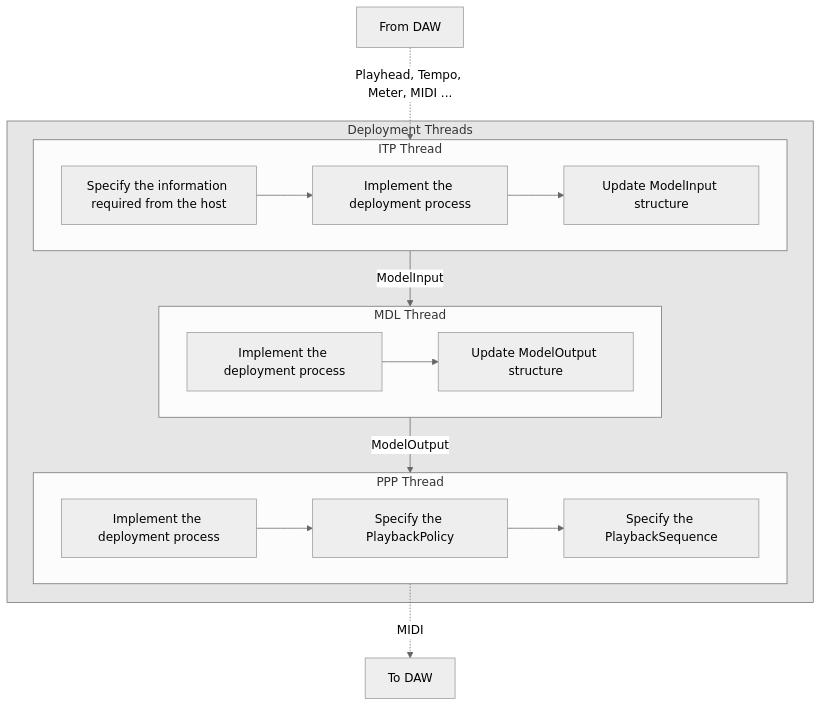
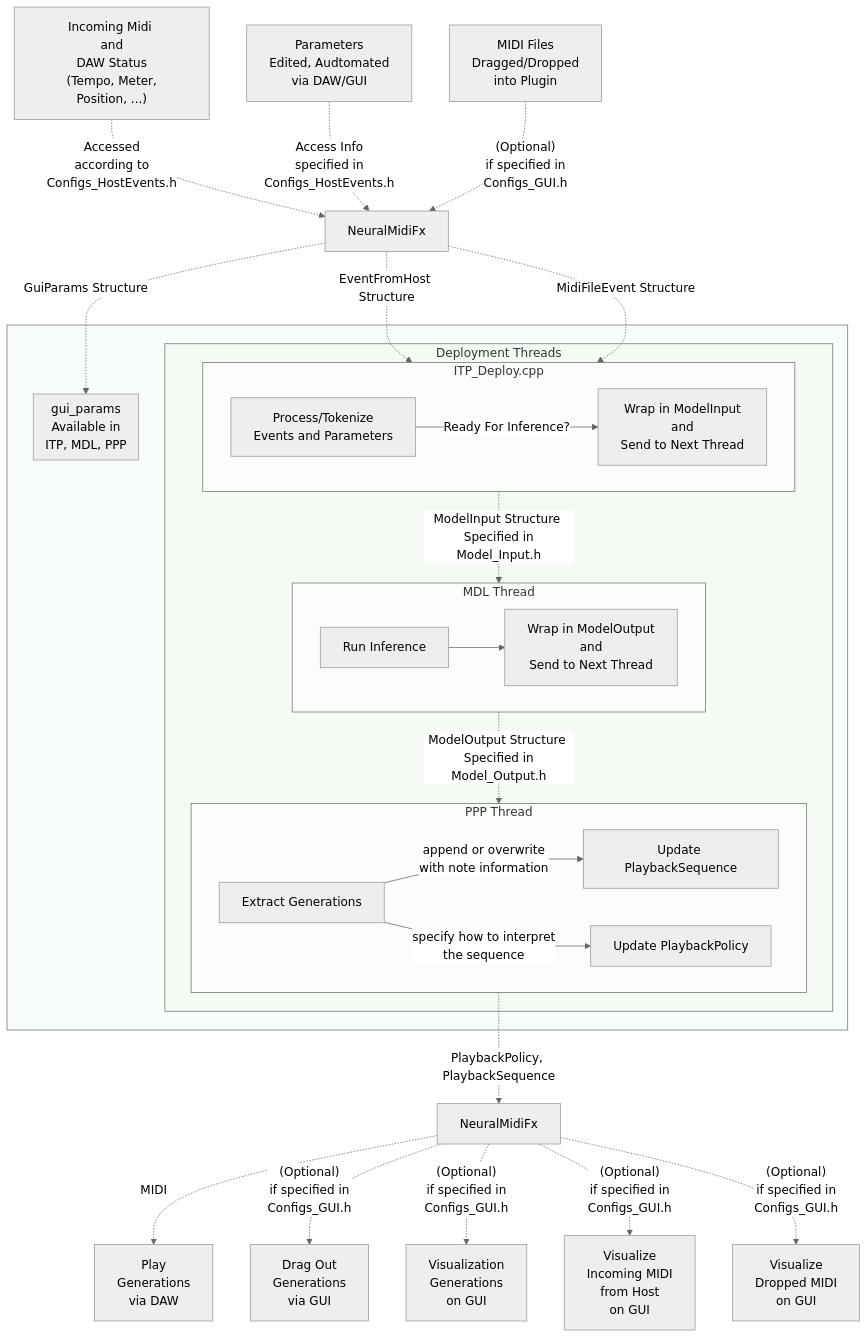
The diagram in docs/A0_DeploymentThreads/DeploymentThreads.md (neuralmidifx/neuralmidifx.github.io), drawn with Mermaid (neutral theme) before and after one commit. The commit also changed 1 other file, not shown here.

Commit message:
Deployment Threads Refactorized sections

````diff
--- a/docs/A0_DeploymentThreads/DeploymentThreads.md
+++ b/docs/A0_DeploymentThreads/DeploymentThreads.md
@@ -21,35 +21,70 @@
 ```mermaid
 graph TD
+    
     %% DAW
-    DAW1["From DAW"]
-    DAW2["To DAW"]
+    DAW_2["Incoming Midi \n and \n DAW Status \n (Tempo, Meter, Position, ...)"]
+    DAW_3["Parameters \n Edited, Audtomated \n via DAW/GUI"]
+    DAW_5["MIDI Files \n Dragged/Dropped \n into Plugin"]
+    GUI_MIDIIN["Visualize \n Incoming MIDI \n from Host \n on GUI"]
+    GUI_MIDIIN2["Visualize \n Dropped MIDI \n on GUI"]
     
+
+    NMFX1["NeuralMidiFx"]
+    DAWOut["Play \n Generations \n via DAW"]
+    GUI_MIDI["Drag Out \n Generations \n via GUI"]
+    GUI_MIDI2["Visualization \n Generations \n on GUI"]
+    NMFX2["NeuralMidiFx"]
+
     %% DeploymentThreads 
-    subgraph DeploymentThreads["Deployment Threads"]
-        %% ITP Thread
-        subgraph ITPThread["ITP Thread"]
-            C1["Specify the information required from the host"] --> C2[Implement the deployment process]
-            C2 --> C3[Update ModelInput structure]
+    subgraph DeploymentThreads[" "]
+
+        subgraph X["Deployment Threads"]
+            %% ITP Thread
+            subgraph ITPThread["ITP_Deploy.cpp"]
+                C1["Process/Tokenize \n Events and Parameters \n "] --> |"Ready For Inference?"|C2["Wrap in ModelInput\n and \n  Send to Next Thread"]
+            
+            end
+            
+            %% MDL Thread
+            subgraph MDLThread["MDL Thread"]
+                D1[Run Inference] --> D2["Wrap in ModelOutput\n and \n  Send to Next Thread"]
+            end
+            
+            %% PPP Thread
+            subgraph PPPThread["PPP Thread"]
+                
+                E1[Extract Generations]-->|append or overwrite \n with note information|E2[Update PlaybackSequence]
+                E1[Extract Generations]-->|specify how to interpret \n the sequence |E3[Update PlaybackPolicy]
+            end
         end
+        subgraph gui_params["gui_params \n Available in \n ITP, MDL, PPP"]
+            
+        end
+    
+    end
         
-        %% MDL Thread
-        subgraph MDLThread["MDL Thread"]
-            D1[Implement the deployment process] --> D2[Update ModelOutput structure]
-        end
-        
-        %% PPP Thread
-        subgraph PPPThread["PPP Thread"]
-            E1[Implement the deployment process] --> E2[Specify the PlaybackPolicy]
-            E2 --> E3[Specify the PlaybackSequence]
-        end
-        
-    end
 
-    DAW1 -.->|Playhead, Tempo, Meter, MIDI ... | ITPThread
-    ITPThread -->|ModelInput| MDLThread
-    MDLThread -->|ModelOutput| PPPThread
-    PPPThread -.->|MIDI| DAW2
+   
+    NMFX1 -.-> |GuiParams Structure| gui_params
 
-    style DeploymentThreads fill:#e6e6e6
+    DAW_2 -.->|"Accessed  \n according to \n Configs_HostEvents.h "| NMFX1
+    DAW_3 -.-> |"Access Info \n specified in \n Configs_HostEvents.h "|NMFX1
+    DAW_5 -.-> |"(Optional) \n if specified in \n Configs_GUI.h"|NMFX1
+    NMFX1 -.->|EventFromHost Structure| ITPThread
+    NMFX1 -.->|MidiFileEvent Structure| ITPThread
+
+    ITPThread -.->|ModelInput Structure \n Specified in Model_Input.h| MDLThread
+    MDLThread -.->|ModelOutput Structure \n Specified in Model_Output.h| PPPThread
+    PPPThread -.->|PlaybackPolicy, PlaybackSequence| NMFX2
+    NMFX2 -.->|MIDI| DAWOut
+    NMFX2 -.->|"(Optional) \n if specified in \n Configs_GUI.h"| GUI_MIDI
+    NMFX2 -.->|"(Optional) \n if specified in \n Configs_GUI.h"| GUI_MIDI2
+    NMFX2 -.->|"(Optional) \n if specified in \n Configs_GUI.h"| GUI_MIDIIN
+    NMFX2 -.->|"(Optional) \n if specified in \n Configs_GUI.h"| GUI_MIDIIN2
+
+
+    style DeploymentThreads fill:#ada1 
+    style X fill:#ada1
+
 
 ```
````
